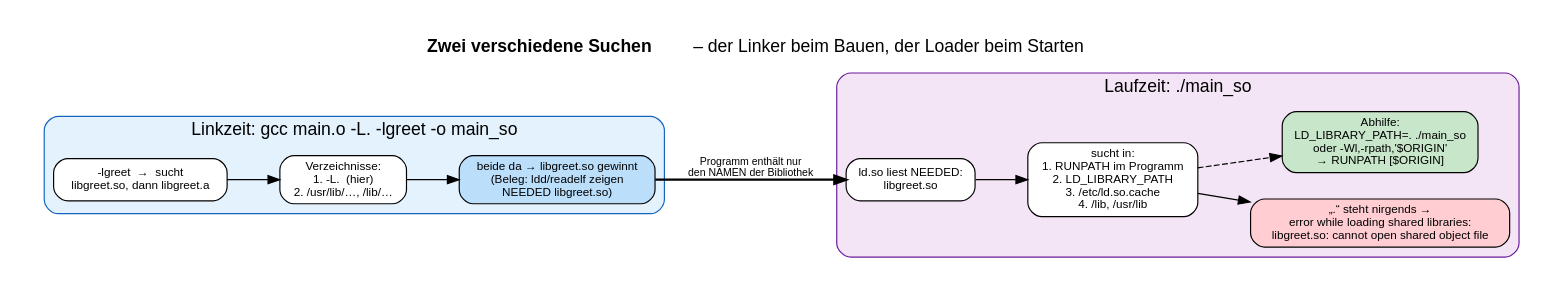
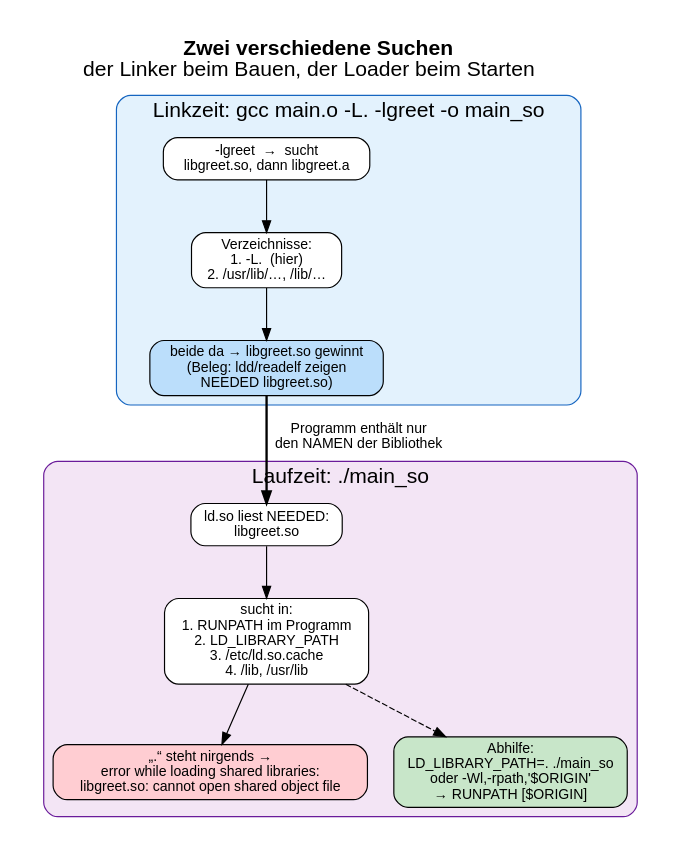
One commit to graugans/tea24 changed the diagram in exercise-004/doc/04_library_search.dot. Above: the diagram before and after it, drawn with Graphviz. The commit also changed 57 other files, not shown here.

First line of the commit message:
docs: make diagram text readable at page width

```diff
--- a/exercise-004/doc/04_library_search.dot
+++ b/exercise-004/doc/04_library_search.dot
@@ -1,26 +1,26 @@
 // Teil D, Fragen 1, 3, 4: Suche zur Linkzeit und zur Laufzeit
 digraph search {
-    rankdir=LR;
+    rankdir=TB;
     graph [fontname="Helvetica", bgcolor="white", pad=0.3, nodesep=0.3, ranksep=0.6,
-           label=<<b>Zwei verschiedene Suchen</b> – der Linker beim Bauen, der Loader beim Starten>,
-           labelloc=t, fontsize=15];
-    node [fontname="Helvetica", fontsize=10, shape=box, style="rounded,filled"];
-    edge [fontname="Helvetica", fontsize=9];
+           label=<<b>Zwei verschiedene Suchen</b><br/>der Linker beim Bauen, der Loader beim Starten>,
+           labelloc=t, fontsize=18];
+    node [fontname="Helvetica", fontsize=12, shape=box, style="rounded,filled"];
+    edge [fontname="Helvetica", fontsize=12];
 
     subgraph cluster_link {
         label="Linkzeit: gcc main.o -L. -lgreet -o main_so"; style="rounded,filled"; fillcolor="#e3f2fd"; color="#1565c0";
         l1 [fillcolor="white", label="-lgreet  →  sucht\nlibgreet.so, dann libgreet.a"];
         l2 [fillcolor="white", label="Verzeichnisse:\n1. -L.  (hier)\n2. /usr/lib/…, /lib/…"];
         l3 [fillcolor="#bbdefb", label="beide da → libgreet.so gewinnt\n(Beleg: ldd/readelf zeigen\nNEEDED libgreet.so)"];
         l1 -> l2 -> l3;
     }
     subgraph cluster_run {
         label="Laufzeit: ./main_so"; style="rounded,filled"; fillcolor="#f3e5f5"; color="#6a1b9a";
         r0 [fillcolor="white", label="ld.so liest NEEDED:\nlibgreet.so"];
         r1 [fillcolor="white", label="sucht in:\n1. RUNPATH im Programm\n2. LD_LIBRARY_PATH\n3. /etc/ld.so.cache\n4. /lib, /usr/lib"];
         r2 [fillcolor="#ffcdd2", label="„.“ steht nirgends →\nerror while loading shared libraries:\nlibgreet.so: cannot open shared object file"];
         r3 [fillcolor="#c8e6c9", label="Abhilfe:\nLD_LIBRARY_PATH=. ./main_so\noder -Wl,-rpath,'$ORIGIN'\n→ RUNPATH [$ORIGIN]"];
         r0 -> r1 -> r2; r1 -> r3 [style=dashed];
     }
     l3 -> r0 [label="Programm enthält nur\nden NAMEN der Bibliothek", style=bold];
 }
```
